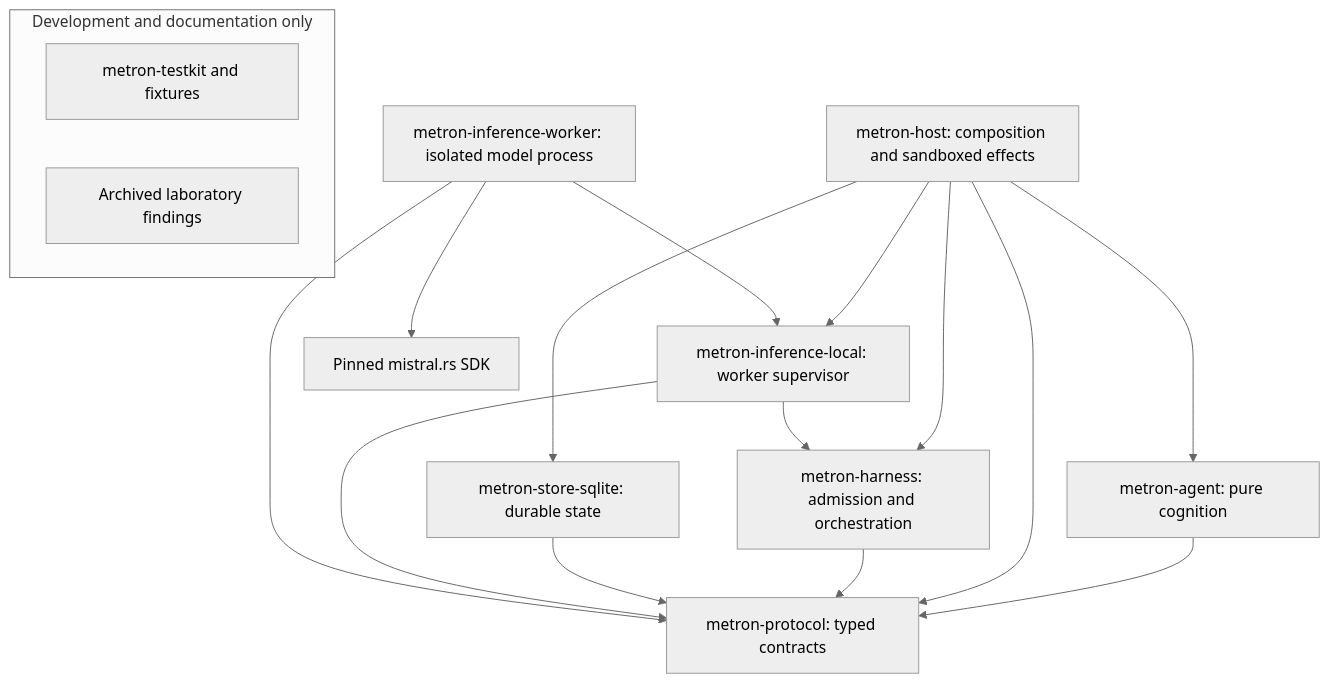
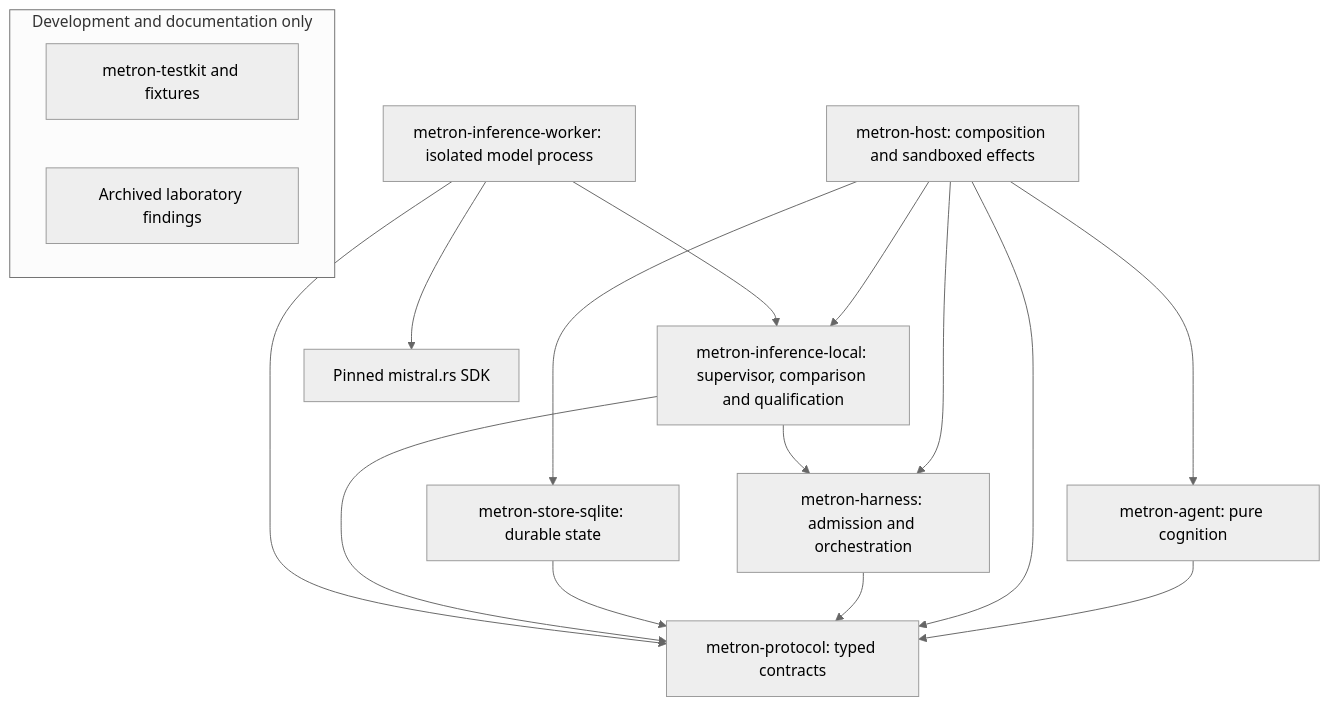
The first of 2 diagrams in docs/architecture/overview.md (kmosoti/Metron), drawn with Mermaid (neutral theme) before and after one commit. The commit also changed other lines of this file and 46 other files, not shown here.

````diff
--- a/docs/architecture/overview.md
+++ b/docs/architecture/overview.md
@@ -10,20 +11,20 @@
 ```mermaid
 flowchart TD
     Host[metron-host: composition and sandboxed effects] --> Agent[metron-agent: pure cognition]
     Host --> Harness[metron-harness: admission and orchestration]
     Host --> Store[metron-store-sqlite: durable state]
-    Host --> Local[metron-inference-local: worker supervisor]
+    Host --> Local[metron-inference-local: supervisor, comparison and qualification]
     Agent --> Protocol[metron-protocol: typed contracts]
     Host --> Protocol
     Harness --> Protocol
     Store --> Protocol
     Local --> Protocol
     Local --> Harness
     Worker[metron-inference-worker: isolated model process] --> Local
     Worker --> Protocol
     Worker --> SDK[Pinned mistral.rs SDK]
     subgraph Support[Development and documentation only]
         Testkit[metron-testkit and fixtures]
         Archive[Archived laboratory findings]
     end
 ```
````
